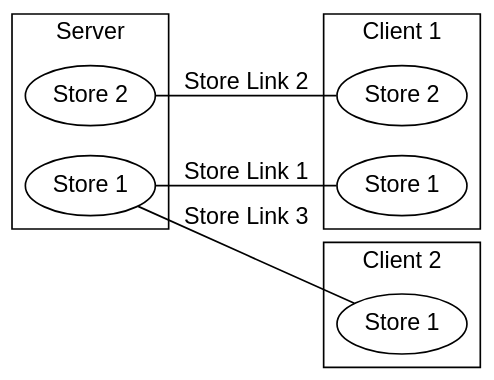
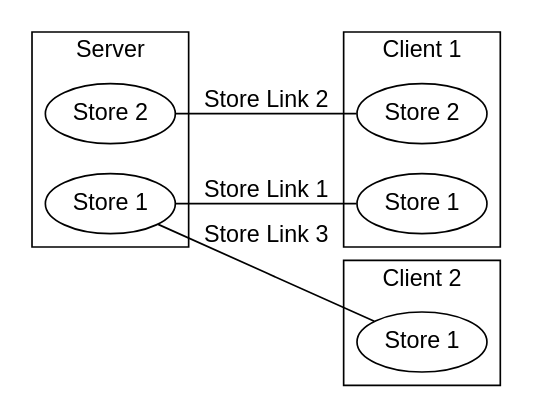
One commit to gonnavis/co-share changed the diagram in graph.dot. Above: the diagram before and after it, drawn with Graphviz. The commit also changed 4 other files, not shown here.

```diff
--- a/graph.dot
+++ b/graph.dot
@@ -1,31 +1,30 @@
 graph Website {
     node [fontname=Arial]
     edge [fontname=Arial]
     rankdir="LR"
-    bgcolor=transparent
 
     subgraph cluster_server {
         label = "Server";
         fontname="Arial";
         server_store_1 [label="Store 1"]
         server_store_2 [label="Store 2"]
     }
 
     subgraph cluster_client_1 {
         label = "Client 1";
         fontname="Arial";
         client_1_store_1 [label="Store 1"]
         client_1_store_2 [label="Store 2"]
     }
     subgraph cluster_client_2 {
         label = "Client 2";
         fontname="Arial";
         client_2_store_1 [label="Store 1"]
     }
 
     server_store_1 -- client_1_store_1 [label="Store Link 1"]
     server_store_2 -- client_1_store_2 [label="Store Link 2"]
 
     server_store_1 -- client_2_store_1 [label="Store Link 3"]
 
 }
```
